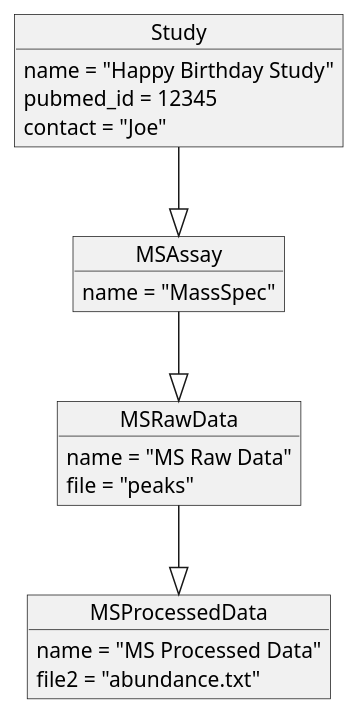
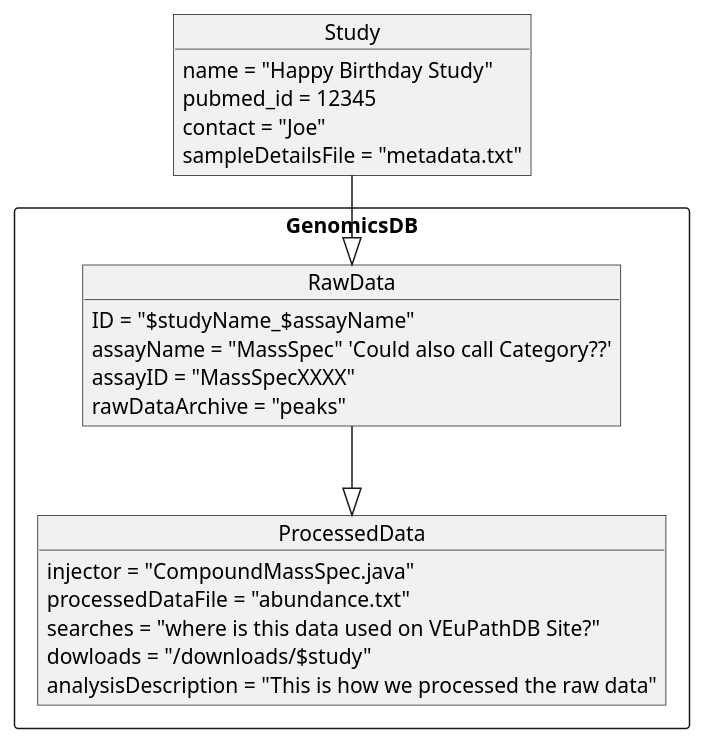
The seventh of 9 diagrams in project_planning/projectPages.org (jbrestel/org-docs), drawn with PlantUML before and after one commit. The commit also changed other lines of this file and 7 other files, not shown here.

```diff
--- a/project_planning/projectPages.org
+++ b/project_planning/projectPages.org
@@ -299,23 +299,26 @@
-#+begin_src plantuml :file images/ms_compound_uml.png :exports both
-  object Study {
-          name = "Happy Birthday Study"
-          pubmed_id = 12345
-	      contact = "Joe"
-  }
-  object MSAssay {
-          name = "MassSpec"
-  }
+#+begin_src plantuml :file images/ms_compound_uml.png :exports results
+object Study {
+        name = "Happy Birthday Study"
+        pubmed_id = 12345
+        contact = "Joe"
+        sampleDetailsFile = "metadata.txt"
+}
+rectangle GenomicsDB {
+        object RawData {
+                ID = "$studyName_$assayName"
+                assayName = "MassSpec" 'Could also call Category??'
+                assayID = "MassSpecXXXX"
+                rawDataArchive = "peaks"
+        }
+        object ProcessedData {
+                injector = "CompoundMassSpec.java"
+                processedDataFile = "abundance.txt"
+                searches = "where is this data used on VEuPathDB Site?"
+                dowloads = "/downloads/$study"
+                analysisDescription = "This is how we processed the raw data"
+        }
+}
+Study --|> RawData
+RawData --|> ProcessedData
 
-  object MSRawData {
-          name = "MS Raw Data"
-          file = "peaks"
-  }
-  object MSProcessedData {
-          name = "MS Processed Data"
-          file2 = "abundance.txt"
-  }
-
-  Study --|> MSAssay
-  MSAssay --|> MSRawData
-  MSRawData --|> MSProcessedData
   #+end_src
```
